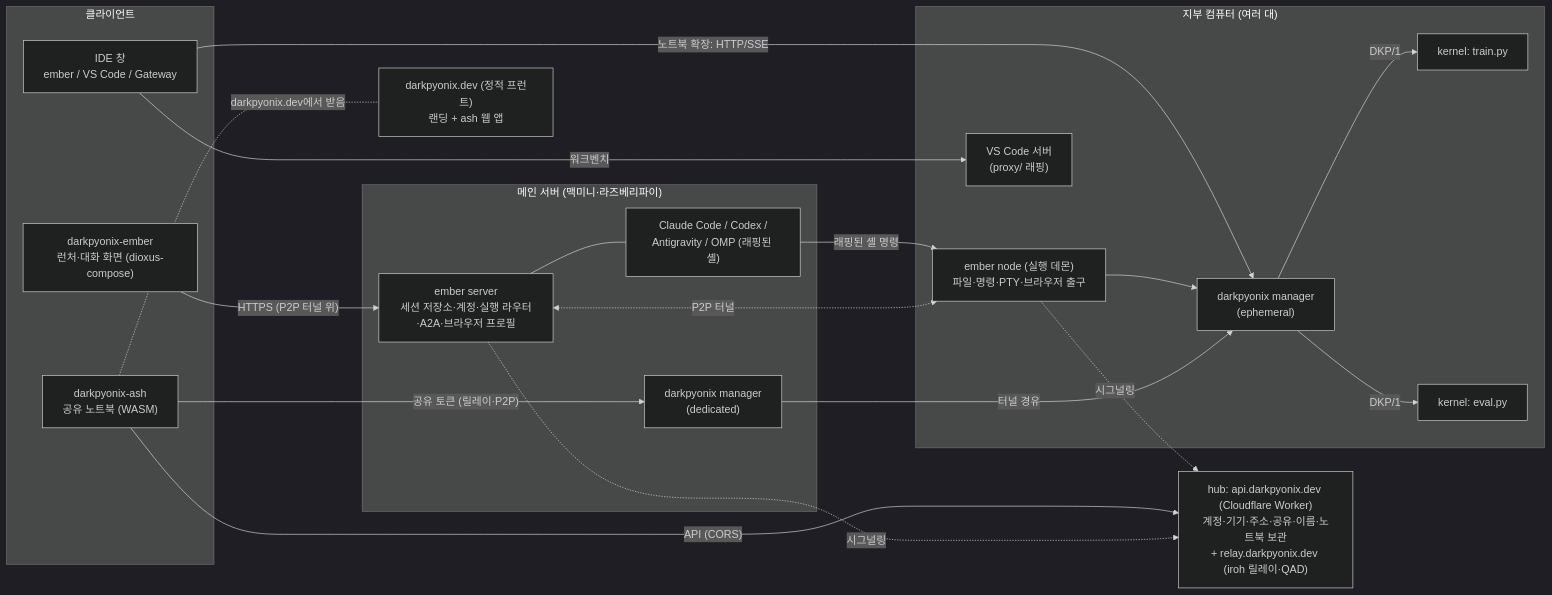
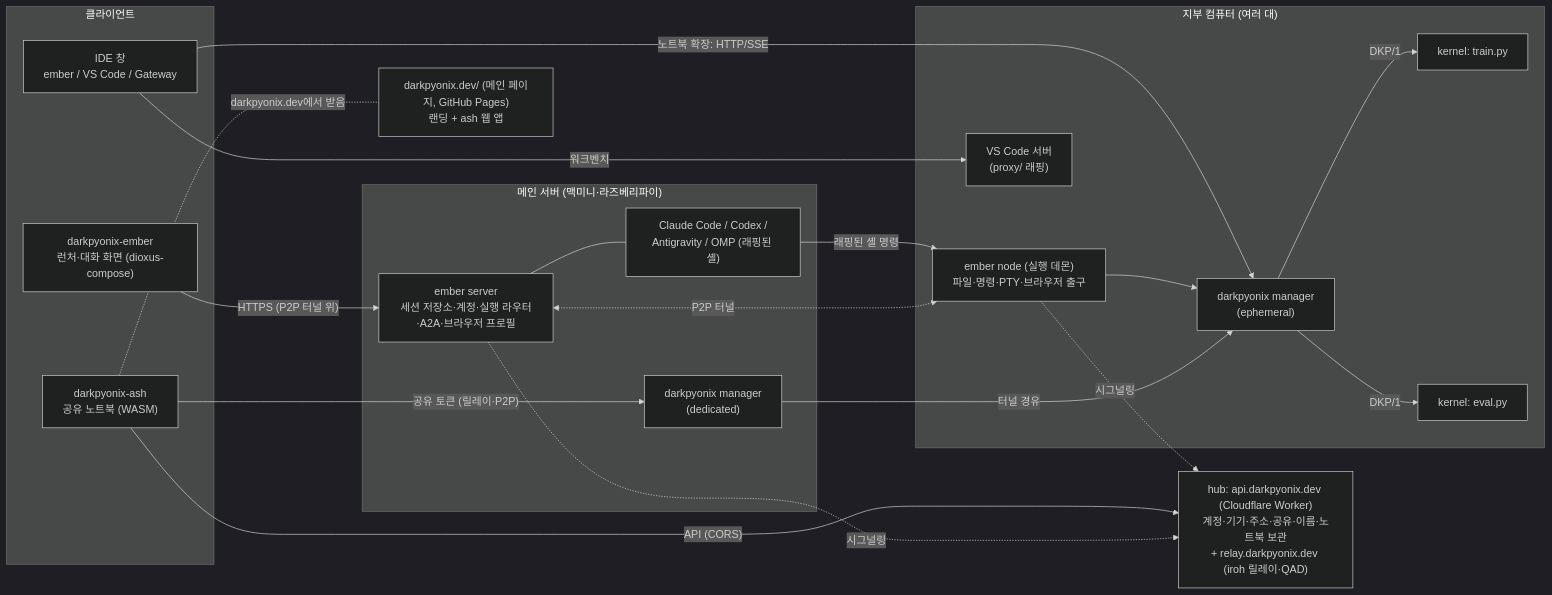
Before and after one commit to DarkPyonix/darkpyonix: the first of 8 diagrams in docs/ARCHITECTURE.md, drawn with Mermaid (dark theme). The commit also changed other lines of this file and 2 other files, not shown here.

First line of the commit message:
Docs: Specify the main page on GitHub Pages (FR-H12, FR-H13, FR-H4, FR-H7, FR-H8, NFR-H3)

````diff
--- a/docs/ARCHITECTURE.md
+++ b/docs/ARCHITECTURE.md
@@ -9,41 +9,41 @@
 ```mermaid
 flowchart LR
   subgraph Clients["클라이언트"]
     EMBER["darkpyonix-ember<br/>런처·대화 화면 (dioxus-compose)"]
     IDE["IDE 창<br/>ember / VS Code / Gateway"]
     ASH["darkpyonix-ash<br/>공유 노트북 (WASM)"]
   end
 
   subgraph Main["메인 서버 (맥미니·라즈베리파이)"]
     ES["ember server<br/>세션 저장소·계정·실행 라우터·A2A·브라우저 프로필"]
     CLIS["Claude Code / Codex /<br/>Antigravity / OMP (래핑된 셸)"]
     DM["darkpyonix manager<br/>(dedicated)"]
   end
 
   subgraph Branch["지부 컴퓨터 (여러 대)"]
     NODE["ember node (실행 데몬)<br/>파일·명령·PTY·브라우저 출구"]
     VSC["VS Code 서버<br/>(proxy/ 래핑)"]
     EM["darkpyonix manager<br/>(ephemeral)"]
     K1["kernel: train.py"]
     K2["kernel: eval.py"]
   end
 
-  FRONT["darkpyonix.dev (정적 프런트)<br/>랜딩 + ash 웹 앱"]
+  FRONT["darkpyonix.dev/ (메인 페이지, GitHub Pages)<br/>랜딩 + ash 웹 앱"]
   HUB["hub: api.darkpyonix.dev (Cloudflare Worker)<br/>계정·기기·주소·공유·이름·노트북 보관<br/>+ relay.darkpyonix.dev (iroh 릴레이·QAD)"]
 
   EMBER -- "HTTPS (P2P 터널 위)" --> ES
   IDE -- "워크벤치" --> VSC
   IDE -- "노트북 확장: HTTP/SSE" --> EM
   ASH -. "darkpyonix.dev에서 받음" .- FRONT
   ASH -- "API (CORS)" --> HUB
   ASH -- "공유 토큰 (릴레이·P2P)" --> DM
   ES --- CLIS
   CLIS -- 래핑된 셸 명령 --> NODE
   ES <-. P2P 터널 .-> NODE
   ES -. 시그널링 .-> HUB
   NODE -. 시그널링 .-> HUB
   NODE --> EM
   EM -- DKP/1 --> K1
   EM -- DKP/1 --> K2
   DM -- 터널 경유 --> EM
 ```
````
